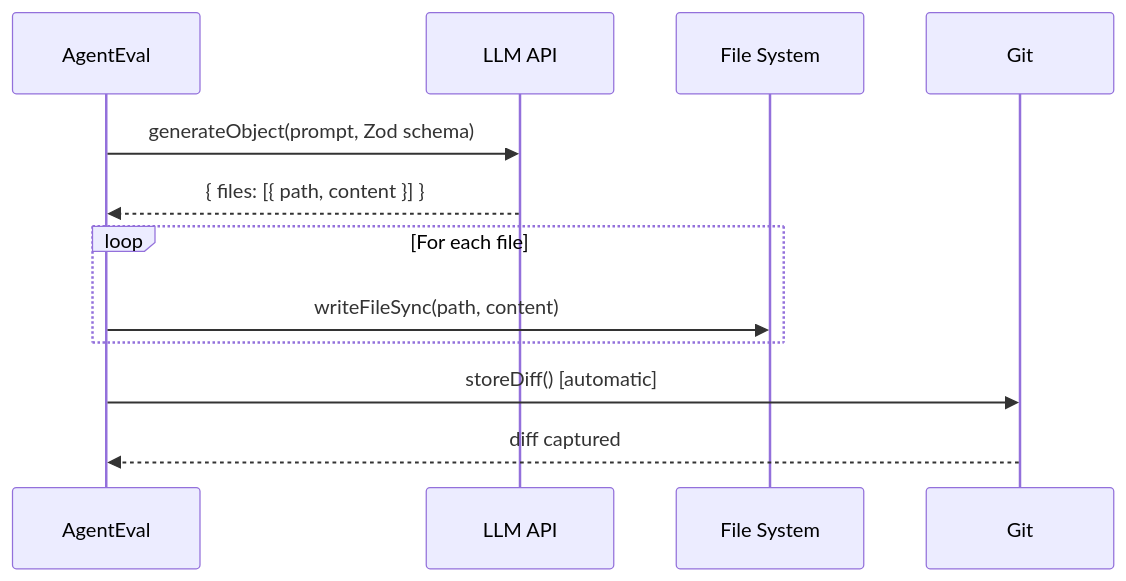
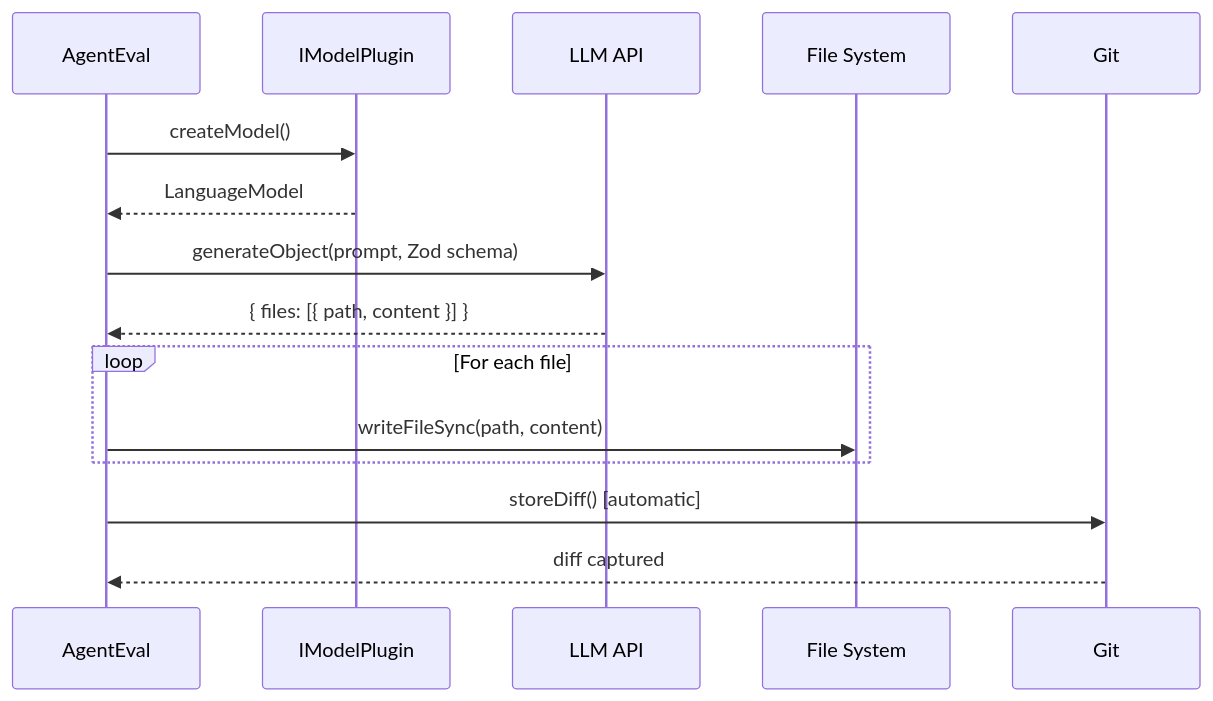
The first of 2 diagrams in apps/docs/guide/runners.md (Tlahey/agent-eval), drawn with Mermaid before and after one commit. The commit also changed other lines of this file and 68 other files, not shown here.

First line of the commit message:
refactor(core): decouple plugin architecture with IModelPlugin and IRunnerPlugin (#7)

````diff
--- a/apps/docs/guide/runners.md
+++ b/apps/docs/guide/runners.md
@@ -235,15 +233,18 @@
 ```mermaid
 sequenceDiagram
     participant AE as AgentEval
+    participant MP as IModelPlugin
     participant LLM as LLM API
     participant FS as File System
     participant Git as Git
 
+    AE->>MP: createModel()
+    MP-->>AE: LanguageModel
     AE->>LLM: generateObject(prompt, Zod schema)
     LLM-->>AE: { files: [{ path, content }] }
     loop For each file
         AE->>FS: writeFileSync(path, content)
     end
     AE->>Git: storeDiff() [automatic]
     Git-->>AE: diff captured
 ```
````
